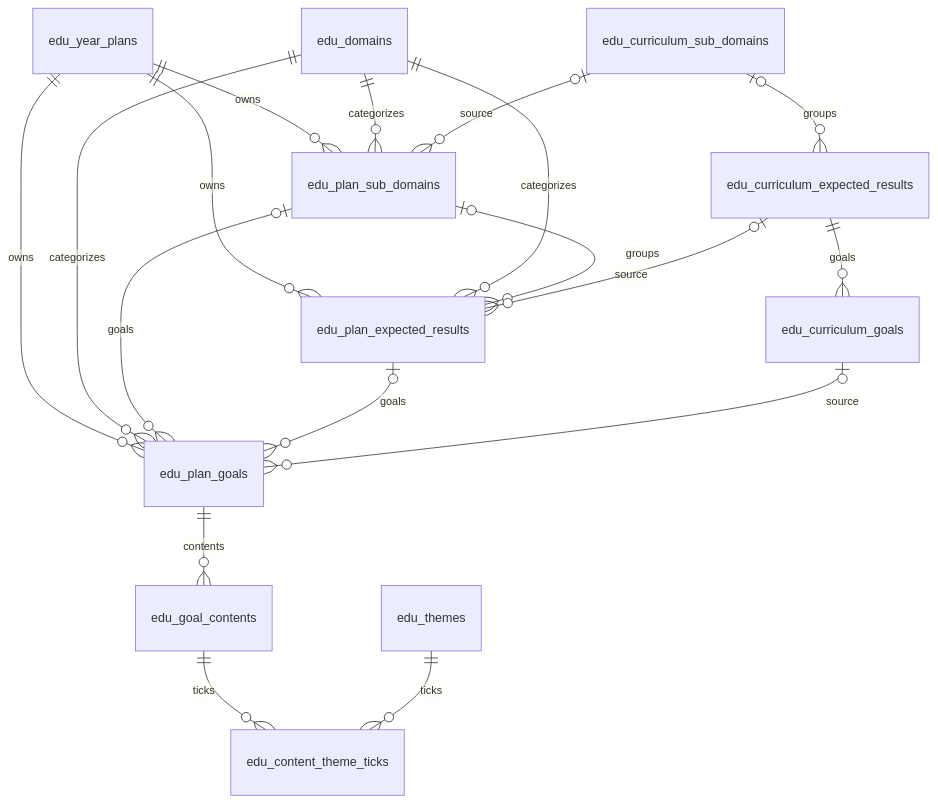
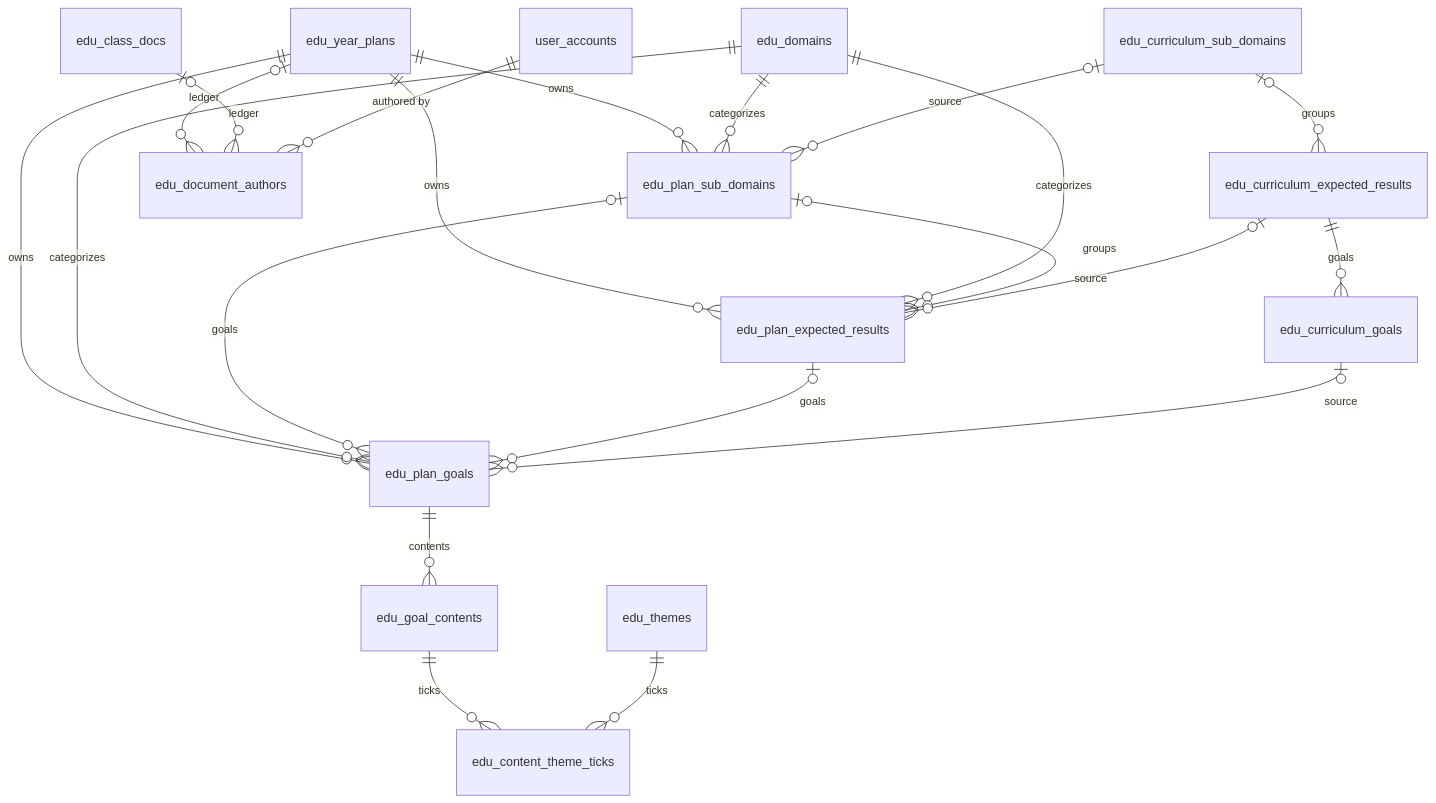
One commit to thang-04/CareNest_BE changed the second of 4 diagrams in docs/database/ERD.md. Above: the diagram before and after it, drawn with Mermaid. The commit also changed other lines of this file and 92 other files, not shown here.

````diff
--- a/docs/database/ERD.md
+++ b/docs/database/ERD.md
@@ -76,20 +76,23 @@
 ```mermaid
 erDiagram
     edu_year_plans ||--o{ edu_plan_sub_domains : owns
     edu_year_plans ||--o{ edu_plan_expected_results : owns
     edu_year_plans ||--o{ edu_plan_goals : owns
     edu_domains ||--o{ edu_plan_sub_domains : categorizes
     edu_domains ||--o{ edu_plan_expected_results : categorizes
     edu_domains ||--o{ edu_plan_goals : categorizes
     edu_plan_sub_domains |o--o{ edu_plan_expected_results : groups
     edu_plan_sub_domains |o--o{ edu_plan_goals : goals
     edu_plan_expected_results |o--o{ edu_plan_goals : goals
     edu_plan_goals ||--o{ edu_goal_contents : contents
     edu_curriculum_sub_domains |o--o{ edu_curriculum_expected_results : groups
     edu_curriculum_expected_results ||--o{ edu_curriculum_goals : goals
     edu_curriculum_sub_domains |o--o{ edu_plan_sub_domains : source
     edu_curriculum_expected_results |o--o{ edu_plan_expected_results : source
     edu_curriculum_goals |o--o{ edu_plan_goals : source
     edu_goal_contents ||--o{ edu_content_theme_ticks : ticks
     edu_themes ||--o{ edu_content_theme_ticks : ticks
+    edu_year_plans |o--o{ edu_document_authors : "ledger"
+    edu_class_docs |o--o{ edu_document_authors : "ledger"
+    user_accounts ||--o{ edu_document_authors : "authored by"
 ```
````
